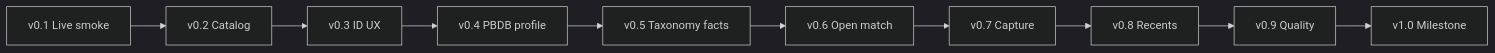
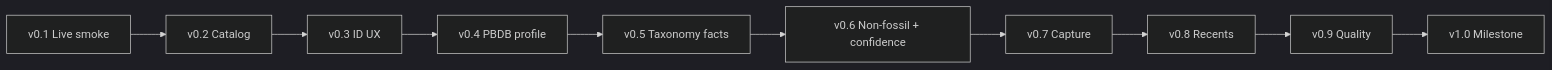
The second of 2 diagrams in docs/iteration-7-identify-roadmap.md (bettyxian2011-afk/Dino-Stuffy-), drawn with Mermaid (dark theme) before and after one commit. The commit also changed other lines of this file and 16 other files, not shown here.

````diff
--- a/docs/iteration-7-identify-roadmap.md
+++ b/docs/iteration-7-identify-roadmap.md
@@ -86,12 +93,12 @@
 ```mermaid
 flowchart LR
   v01[v0.1 Live smoke] --> v02[v0.2 Catalog]
   v02 --> v03[v0.3 ID UX]
   v03 --> v04[v0.4 PBDB profile]
   v04 --> v05[v0.5 Taxonomy facts]
-  v05 --> v06[v0.6 Open match]
+  v05 --> v06[v0.6 Non-fossil + confidence]
   v06 --> v07[v0.7 Capture]
   v07 --> v08[v0.8 Recents]
   v08 --> v09[v0.9 Quality]
   v09 --> v10[v1.0 Milestone]
 ```
````
